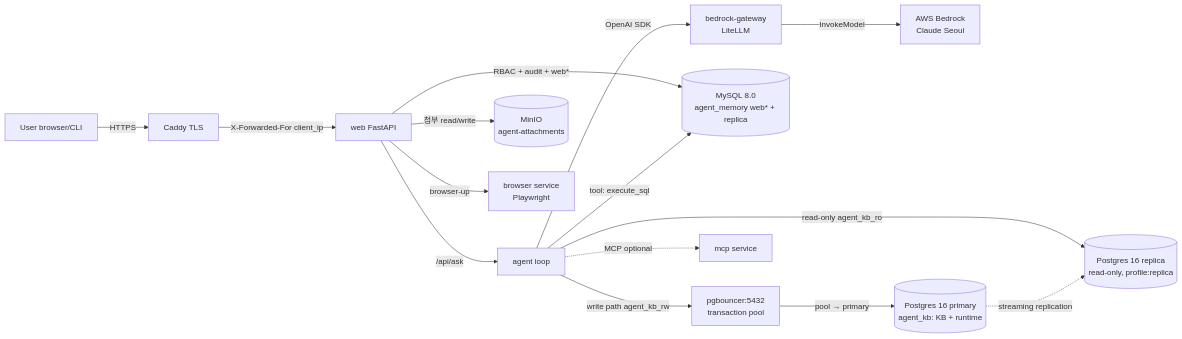
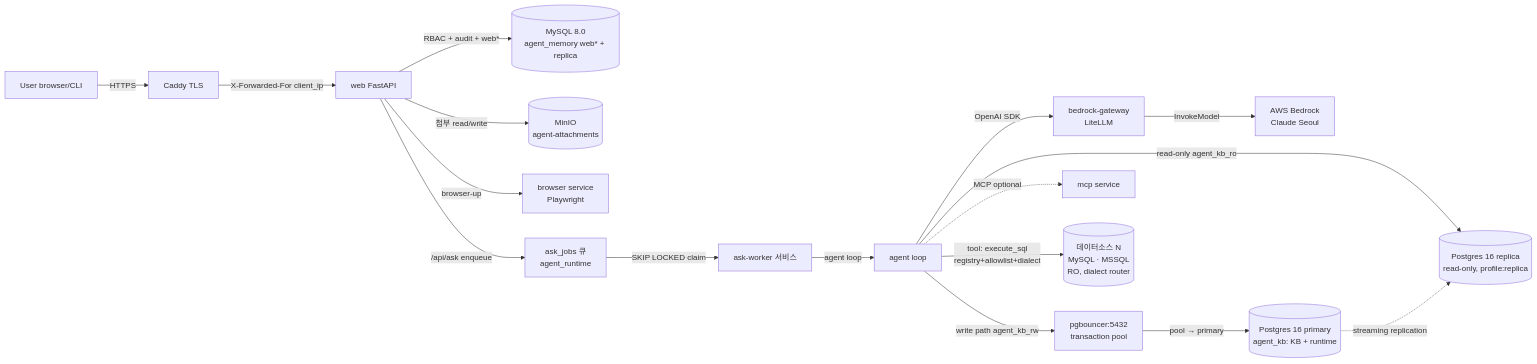
Before and after one commit to msmckimgpt-tech/gstack_dba_ai_assistant: the diagram in wiki/Architecture/Data-Flow.md, drawn with Mermaid. The commit also changed other lines of this file and 24 other files, not shown here.

````diff
--- a/wiki/Architecture/Data-Flow.md
+++ b/wiki/Architecture/Data-Flow.md
@@ -54,31 +56,36 @@
 ```mermaid
 flowchart LR
     user[User browser/CLI]
     caddy[Caddy TLS]
     web[web FastAPI]
     agent[agent loop]
     bedrock[bedrock-gateway<br/>LiteLLM]
     claude[AWS Bedrock<br/>Claude Seoul]
     mysql[(MySQL 8.0<br/>agent_memory web* + replica)]
     pgb[pgbouncer:5432<br/>transaction pool]
     pg[(Postgres 16 primary<br/>agent_kb: KB + runtime)]
     pgr[(Postgres 16 replica<br/>read-only, profile:replica)]
     minio[(MinIO<br/>agent-attachments)]
     browser[browser service<br/>Playwright]
     mcp[mcp service]
+    askq[ask_jobs 큐<br/>agent_runtime]
+    askw[ask-worker 서비스]
+    ds[(데이터소스 N<br/>MySQL · MSSQL<br/>RO, dialect router)]
 
     user -->|HTTPS| caddy
     caddy -->|X-Forwarded-For client_ip| web
     web -->|RBAC + audit + web*| mysql
     web -->|첨부 read/write| minio
-    web -->|/api/ask| agent
+    web -->|/api/ask enqueue| askq
+    askq -->|SKIP LOCKED claim| askw
+    askw -->|agent loop| agent
     agent -->|OpenAI SDK| bedrock
     bedrock -->|InvokeModel| claude
     agent -->|write path agent_kb_rw| pgb
     pgb -->|pool → primary| pg
     agent -->|read-only agent_kb_ro| pgr
     pg -.->|streaming replication| pgr
-    agent -->|tool: execute_sql| mysql
+    agent -->|tool: execute_sql<br/>registry+allowlist+dialect| ds
     web -->|browser-up| browser
     agent -.->|MCP optional| mcp
 ```
````
